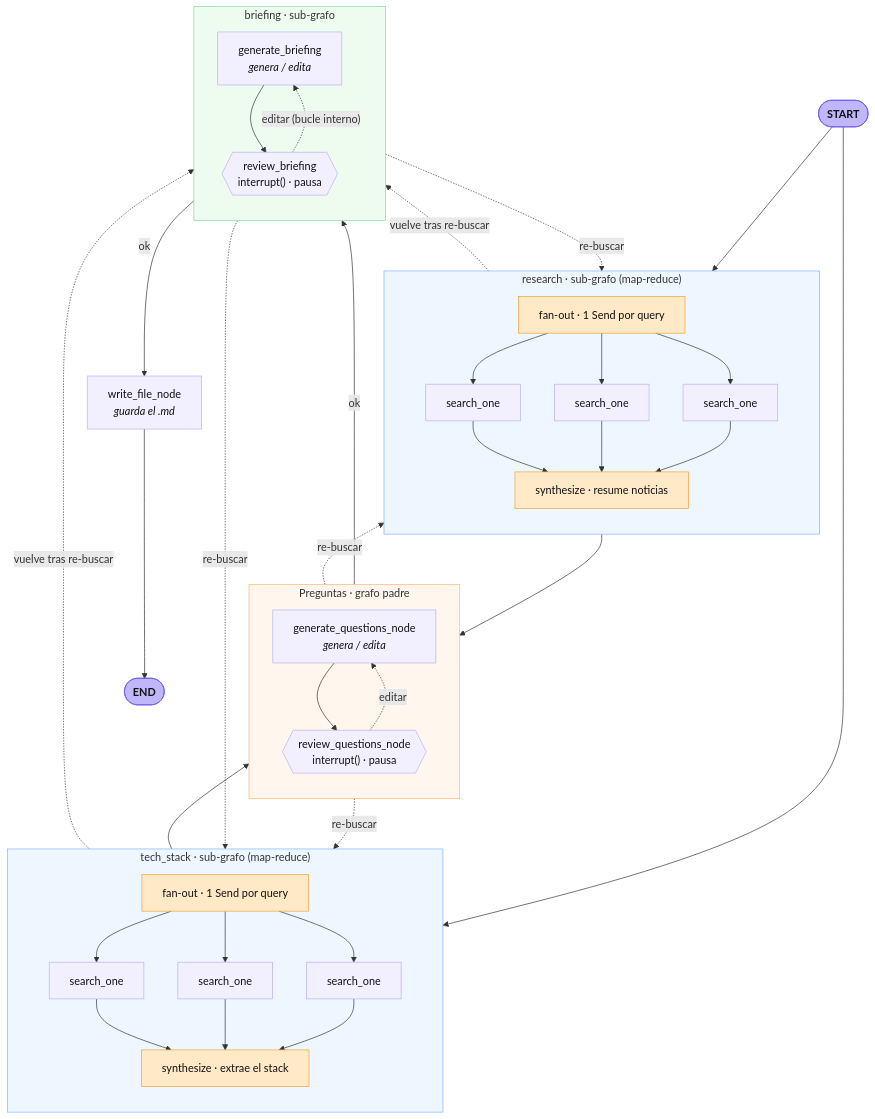
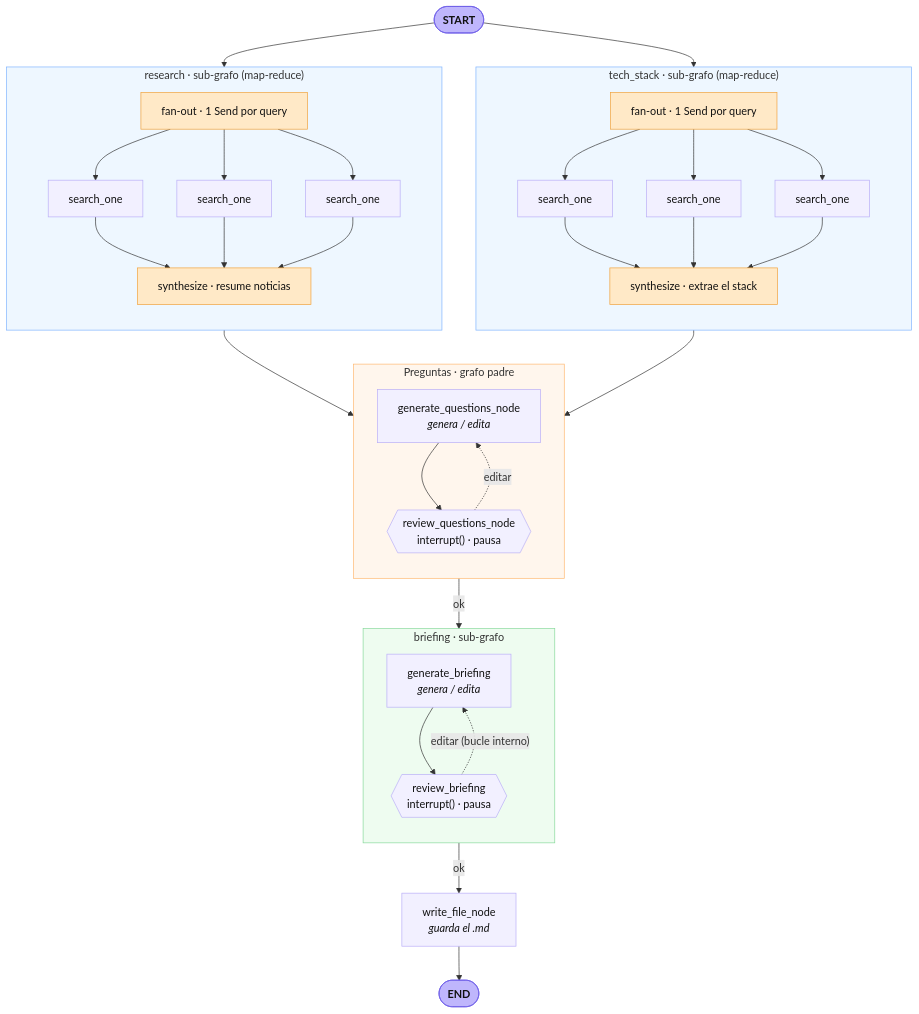
One commit to JorgePulgar/interview-preparation-agent changed the diagram in graph.mmd. Above: the diagram before and after it, drawn with Mermaid. The commit also changed 3 other files, not shown here.

First line of the commit message:
fix(docs): clean vertical diagram layout by dropping re-search back-edges

```diff
--- a/graph.mmd
+++ b/graph.mmd
@@ -1,67 +1,62 @@
 flowchart TD
     START([START]):::se
 
     %% --- Fila de investigación: dos sub-grafos lado a lado (izq / der) ---
     subgraph RES["research · sub-grafo (map-reduce)"]
         direction TB
         rfan["fan-out · 1 Send por query"]:::map
         rw1["search_one"]
         rw2["search_one"]
         rw3["search_one"]
         rsyn["synthesize · resume noticias"]:::map
         rfan --> rw1 & rw2 & rw3 --> rsyn
     end
 
     subgraph TEC["tech_stack · sub-grafo (map-reduce)"]
         direction TB
         tfan["fan-out · 1 Send por query"]:::map
         tw1["search_one"]
         tw2["search_one"]
         tw3["search_one"]
         tsyn["synthesize · extrae el stack"]:::map
         tfan --> tw1 & tw2 & tw3 --> tsyn
     end
 
     subgraph QST["Preguntas · grafo padre"]
         direction TB
         genq["generate_questions_node<br/><i>genera / edita</i>"]
         revq{{"review_questions_node<br/>interrupt() · pausa"}}
         genq --> revq
         revq -. "editar" .-> genq
     end
 
     subgraph BRF["briefing · sub-grafo"]
         direction TB
         genb["generate_briefing<br/><i>genera / edita</i>"]
         revb{{"review_briefing<br/>interrupt() · pausa"}}
         genb --> revb
         revb -. "editar (bucle interno)" .-> genb
     end
 
     write["write_file_node<br/><i>guarda el .md</i>"]
     DONE([END]):::se
 
     %% --- Espina dorsal vertical (caja debajo de caja) ---
+    %% Nota: los bucles de "re-buscar" (volver a research/tech_stack desde la
+    %% revisión) NO se dibujan a propósito: como son aristas que suben de rango y
+    %% crean ciclos, descuadran el layout vertical. Se explican en el README.
     START --> RES
     START --> TEC
     RES --> QST
     TEC --> QST
     QST -- "ok" --> BRF
     BRF -- "ok" --> write
     write --> DONE
 
-    %% --- Re-búsqueda (feedback que necesita datos nuevos) ---
-    QST -. "re-buscar" .-> RES
-    QST -. "re-buscar" .-> TEC
-    BRF -. "re-buscar" .-> RES
-    BRF -. "re-buscar" .-> TEC
-    RES -. "vuelve tras re-buscar" .-> BRF
-    TEC -. "vuelve tras re-buscar" .-> BRF
-
     classDef se fill:#bfb6fc,stroke:#6c5ce7,color:#111,font-weight:bold;
     classDef default fill:#f2f0ff,stroke:#b9aef7,color:#111;
     classDef map fill:#ffe9c7,stroke:#f0a23b,color:#111;
     style RES fill:#eef7ff,stroke:#7fb3ff
     style TEC fill:#eef7ff,stroke:#7fb3ff
     style QST fill:#fff6ed,stroke:#ffb870
     style BRF fill:#eefcf0,stroke:#86d99a
```
